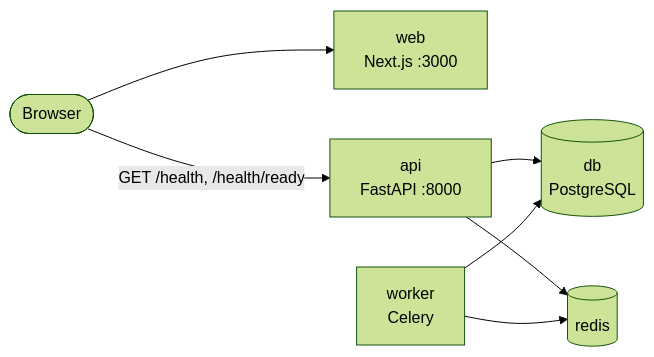
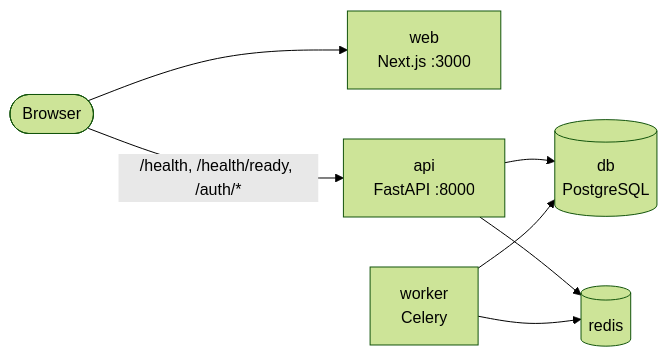
The first of 4 diagrams in docs/architecture.md (arbadev/ballasttasks), drawn with Mermaid (forest theme) before and after one commit. The commit also changed other lines of this file and 2 other files, not shown here.

````diff
--- a/docs/architecture.md
+++ b/docs/architecture.md
@@ -14,9 +14,9 @@
 ```mermaid
 flowchart LR
     browser([Browser]) --> web[web<br/>Next.js :3000]
-    browser -->|GET /health, /health/ready| api[api<br/>FastAPI :8000]
+    browser -->|/health, /health/ready, /auth/*| api[api<br/>FastAPI :8000]
     api --> db[(db<br/>PostgreSQL)]
     api --> redis[(redis)]
     worker[worker<br/>Celery] --> redis
     worker --> db
 ```
````
